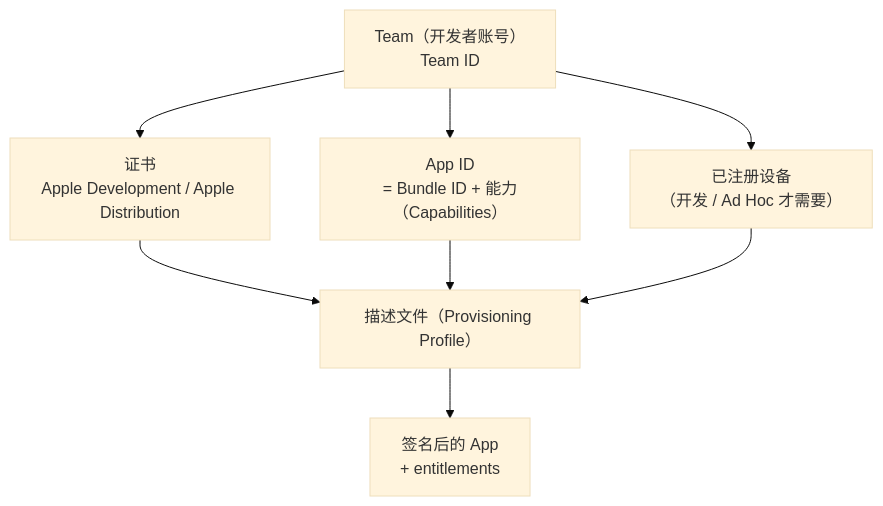
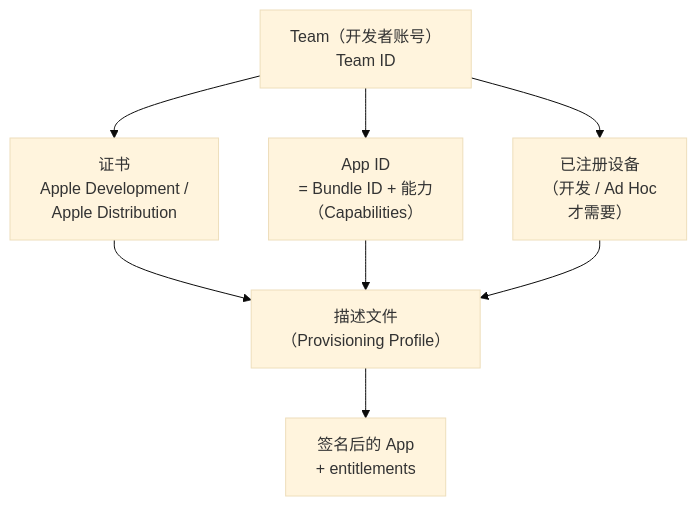
The diagram in books/rn-expo/10-signing-testflight.md (jarvis-pro/hatch-shelf), drawn with Mermaid (base theme) before and after one commit. The commit also changed 432 other files, not shown here.

````diff
--- a/books/rn-expo/10-signing-testflight.md
+++ b/books/rn-expo/10-signing-testflight.md
@@ -9,10 +9,10 @@
 ```mermaid
 flowchart TD
-  T["Team（开发者账号）<br/>Team ID"] --> C["证书<br/>Apple Development / Apple Distribution"]
-  T --> A["App ID<br/>= Bundle ID + 能力（Capabilities）"]
-  T --> D["已注册设备<br/>（开发 / Ad Hoc 才需要）"]
-  C --> P["描述文件（Provisioning Profile）"]
+  T["Team（开发者账号）<br/>Team ID"] --> C["证书<br/>Apple Development /<br/>Apple Distribution"]
+  T --> A["App ID<br/>= Bundle ID + 能力<br/>（Capabilities）"]
+  T --> D["已注册设备<br/>（开发 / Ad Hoc<br/>才需要）"]
+  C --> P["描述文件<br/>（Provisioning Profile）"]
   A --> P
   D --> P
   P --> S["签名后的 App<br/>+ entitlements"]
 ```
````
